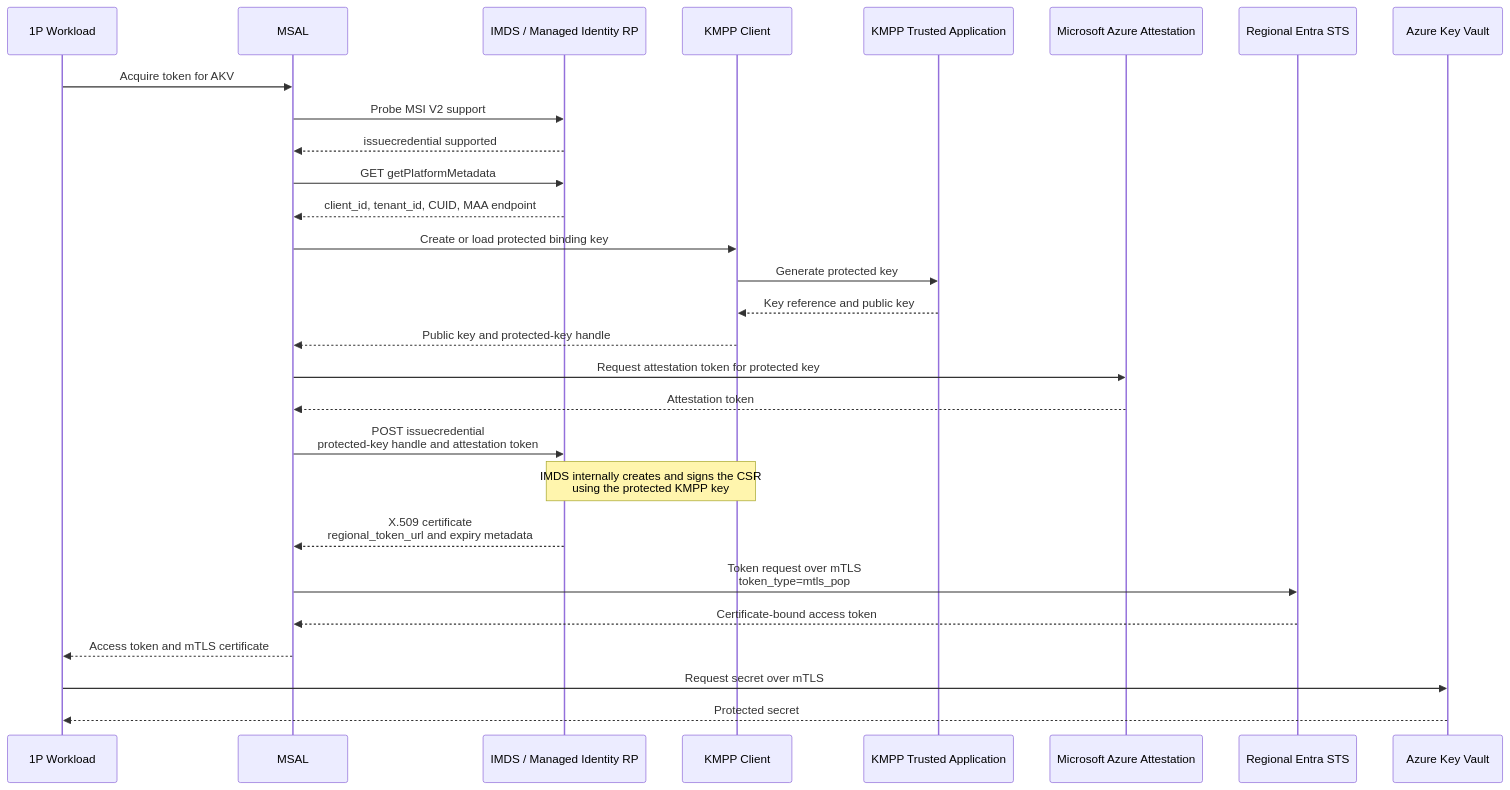
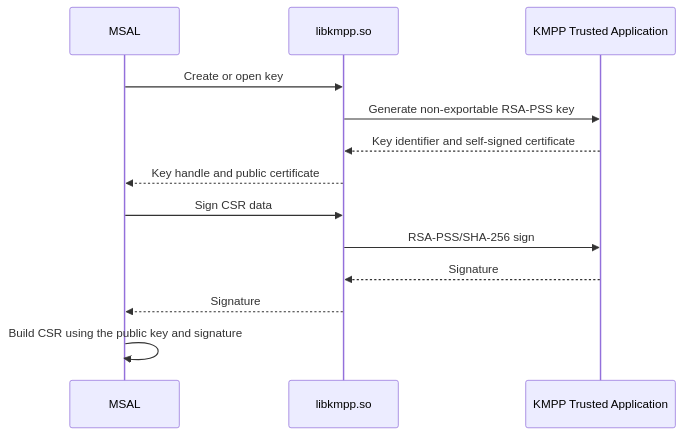
Before and after one commit to AzureAD/microsoft-authentication-library-for-dotnet: the diagram in docs/msi_v2/linux-attested-story.md, drawn with Mermaid. The commit also changed other lines of this file and 1 other file, not shown here.

Commit message:
Clarify Linux KMPP managed identity design

Copilot-Session: c958606f-3471-4310-8715-83d1081964f5

````diff
--- a/docs/msi_v2/linux-attested-story.md
+++ b/docs/msi_v2/linux-attested-story.md
@@ -5,41 +39,18 @@
 ```mermaid
 sequenceDiagram
-    participant Workload as 1P Workload
     participant MSAL
-    participant IMDS as IMDS / Managed Identity RP
-    participant KMPP as KMPP Client
+    participant KMPP as libkmpp.so
     participant TA as KMPP Trusted Application
-    participant MAA as Microsoft Azure Attestation
-    participant ESTS as Regional Entra STS
-    participant AKV as Azure Key Vault
 
-    Workload->>MSAL: Acquire token for AKV
+    MSAL->>KMPP: Create or open key
+    KMPP->>TA: Generate non-exportable RSA-PSS key
+    TA-->>KMPP: Key identifier and self-signed certificate
+    KMPP-->>MSAL: Key handle and public certificate
 
-    MSAL->>IMDS: Probe MSI V2 support
-    IMDS-->>MSAL: issuecredential supported
+    MSAL->>KMPP: Sign CSR data
+    KMPP->>TA: RSA-PSS/SHA-256 sign
+    TA-->>KMPP: Signature
+    KMPP-->>MSAL: Signature
 
-    MSAL->>IMDS: GET getPlatformMetadata
-    IMDS-->>MSAL: client_id, tenant_id, CUID, MAA endpoint
-
-    MSAL->>KMPP: Create or load protected binding key
-    KMPP->>TA: Generate protected key
-    TA-->>KMPP: Key reference and public key
-    KMPP-->>MSAL: Public key and protected-key handle
-
-    MSAL->>MAA: Request attestation token for protected key
-    MAA-->>MSAL: Attestation token
-
-    MSAL->>IMDS: POST issuecredential<br/>protected-key handle and attestation token
-
-    Note over IMDS,KMPP: IMDS internally creates and signs the CSR<br/>using the protected KMPP key
-
-    IMDS-->>MSAL: X.509 certificate<br/>regional_token_url and expiry metadata
-
-    MSAL->>ESTS: Token request over mTLS<br/>token_type=mtls_pop
-    ESTS-->>MSAL: Certificate-bound access token
-
-    MSAL-->>Workload: Access token and mTLS certificate
-
-    Workload->>AKV: Request secret over mTLS
-    AKV-->>Workload: Protected secret
+    MSAL->>MSAL: Build CSR using the public key and signature
 ```
````
